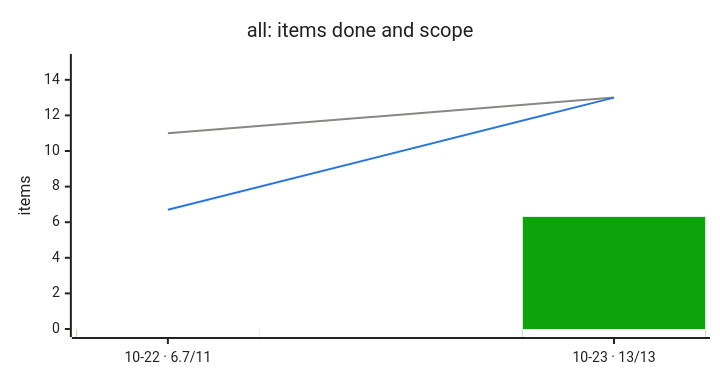
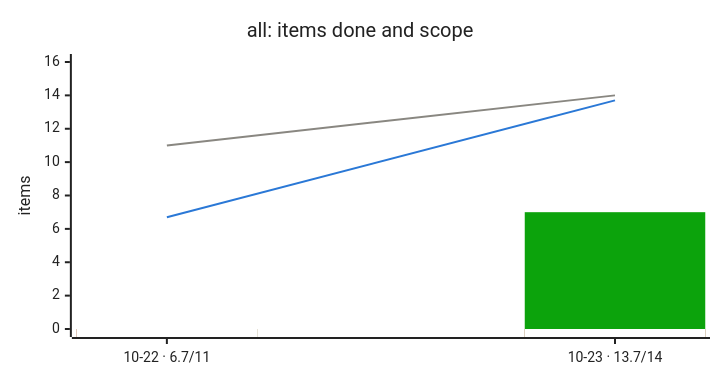
Before and after one commit to bvraghav/pmtrack: the fifth of 5 diagrams in README.md, drawn with Mermaid. The commit also changed other lines of this file and 4 other files, not shown here.

````diff
--- a/README.md
+++ b/README.md
@@ -131,13 +137,13 @@
 ```mermaid
 %%{init: {"themeVariables": {"xyChart": {"backgroundColor": "#ffffff", "titleColor": "#222222", "plotColorPalette": "#0ca30c,#ffffff,#d03b3b,#ffffff,#898781,#2a78d6", "xAxisLabelColor": "#222222", "xAxisTitleColor": "#222222", "xAxisTickColor": "#222222", "xAxisLineColor": "#222222", "yAxisLabelColor": "#222222", "yAxisTitleColor": "#222222", "yAxisTickColor": "#222222", "yAxisLineColor": "#222222"}}, "xyChart": {"height": 360}}}%%
 xychart-beta
   title "all: items done and scope"
-  x-axis ["10-22 · 6.7/11", "10-23 · 13/13"]
-  y-axis "items" 0 --> 15
-  bar [0, 6.3]
+  x-axis ["10-22 · 6.7/11", "10-23 · 13.7/14"]
+  y-axis "items" 0 --> 16
+  bar [0, 7]
   bar [0, 0]
   bar [0, 0]
   bar [0, 0]
-  line [11, 13]
-  line [6.7, 13]
+  line [11, 14]
+  line [6.7, 13.7]
 ```
````
